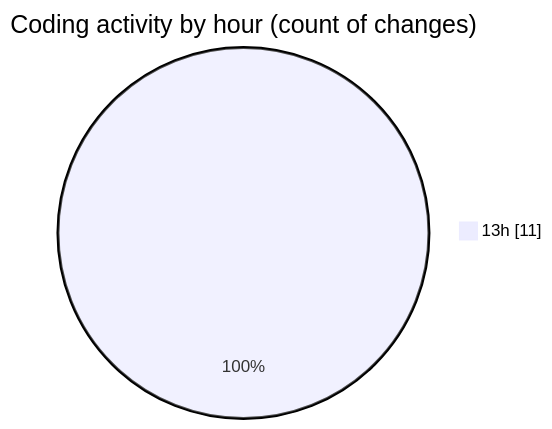
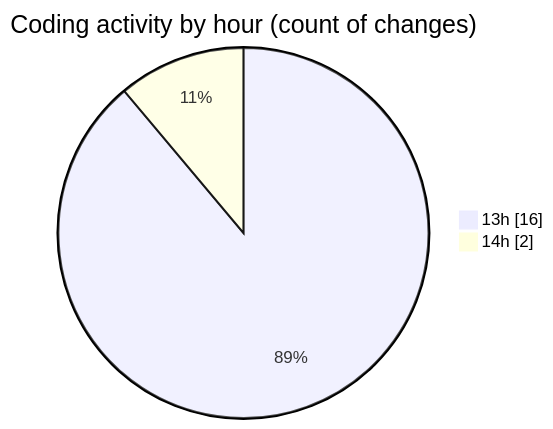
The second of 2 diagrams in 2025-02-23/codepack/README.md (charlie-sans/code-tracking), drawn with Mermaid before and after one commit. The commit also changed other lines of this file and 1 other file, not shown here.

````diff
--- a/2025-02-23/codepack/README.md
+++ b/2025-02-23/codepack/README.md
@@ -30,5 +30,6 @@
 ```mermaid
 pie showData
 title Coding activity by hour (count of changes)
-"13h" : 11
+"13h" : 16
+"14h" : 2
 ```
````
